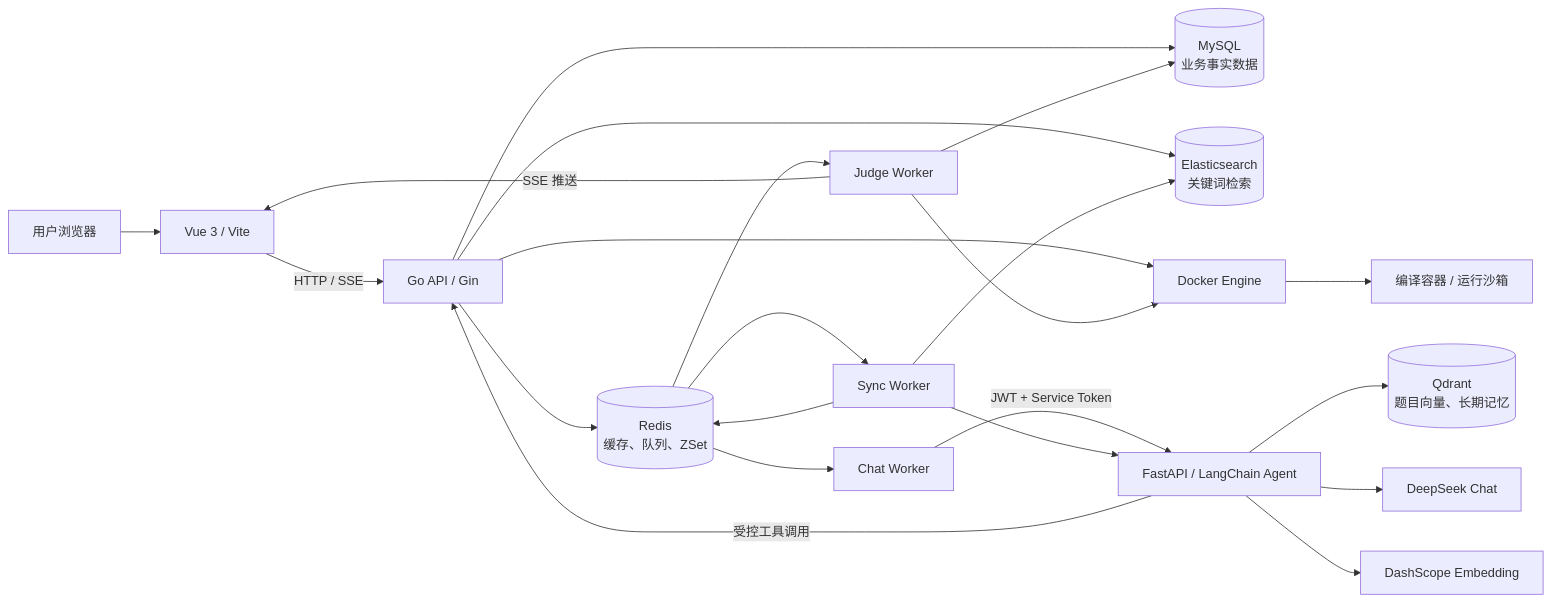
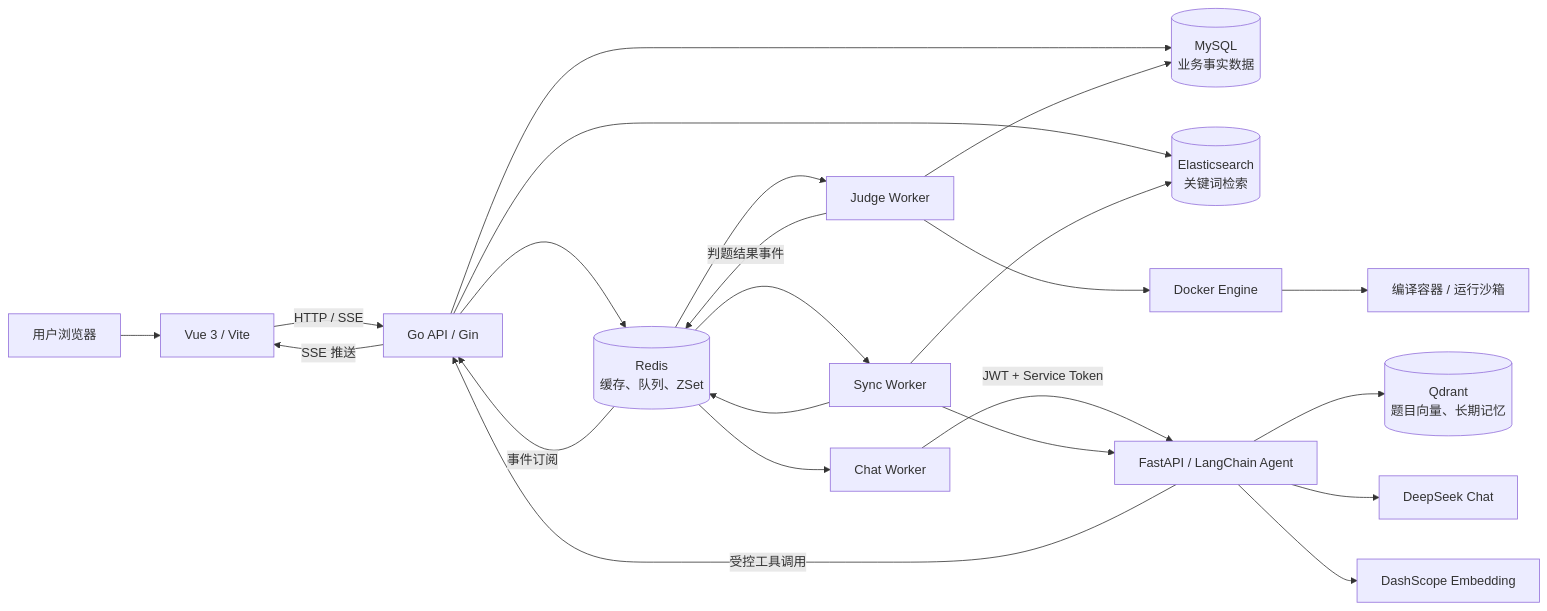
The diagram in README.md (white0range/w0r_oj), drawn with Mermaid before and after one commit. The commit also changed other lines of this file and 16 other files, not shown here.

````diff
--- a/README.md
+++ b/README.md
@@ -20,28 +20,29 @@
 ```mermaid
 flowchart LR
     U["用户浏览器"] --> V["Vue 3 / Vite"]
     V -->|"HTTP / SSE"| G["Go API / Gin"]
 
     G --> M[("MySQL<br/>业务事实数据")]
     G --> R[("Redis<br/>缓存、队列、ZSet")]
     G --> E[("Elasticsearch<br/>关键词检索")]
-    G --> D["Docker Engine"]
 
     R --> JW["Judge Worker"]
-    JW --> D
+    JW --> D["Docker Engine"]
     D --> C["编译容器 / 运行沙箱"]
     JW --> M
-    JW -->|"SSE 推送"| V
+    JW -->|"判题结果事件"| R
+    R -->|"事件订阅"| G
+    G -->|"SSE 推送"| V
 
     R --> CW["Chat Worker"]
     CW -->|"JWT + Service Token"| F["FastAPI / LangChain Agent"]
     F -->|"受控工具调用"| G
     F --> Q[("Qdrant<br/>题目向量、长期记忆")]
     F --> L["DeepSeek Chat"]
     F --> B["DashScope Embedding"]
 
     R --> SW["Sync Worker"]
     SW --> E
     SW --> F
     SW --> R
 ```
````
